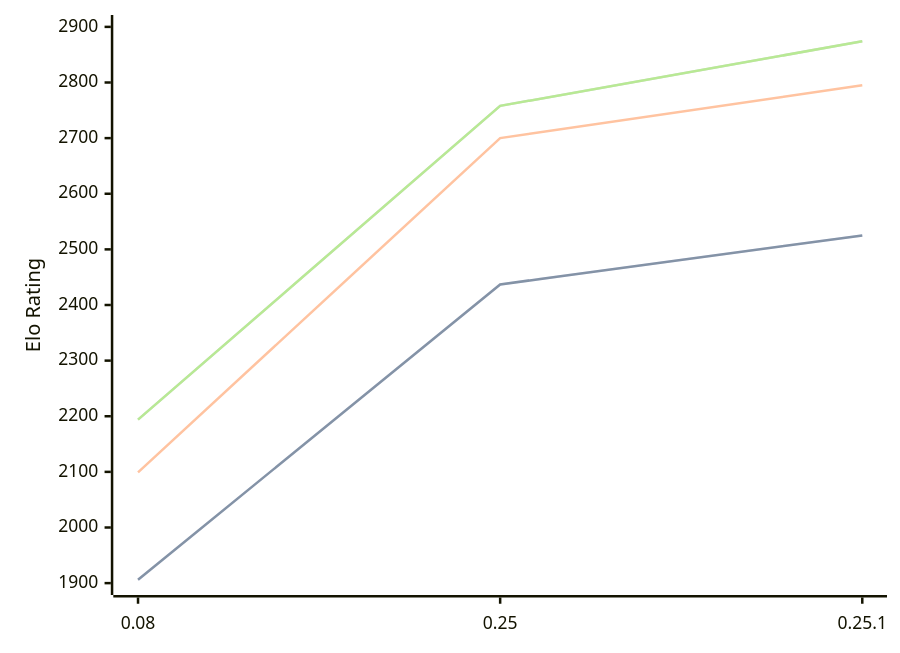
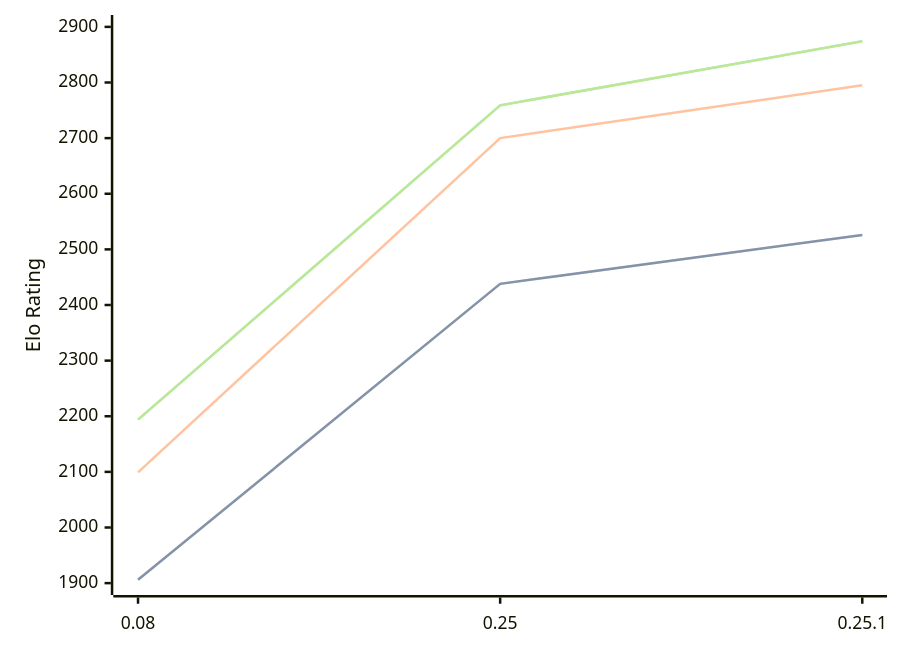
The diagram in engines/Gecko.md (computer-chess-index/cci), drawn with Mermaid before and after one commit. The commit also changed other lines of this file, not shown here.

Commit message:
Update CCI Ratings (ELO VLTC) - 2026-04-25

````diff
--- a/engines/Gecko.md
+++ b/engines/Gecko.md
@@ -33,11 +33,11 @@
 ```mermaid
 %%{init: {"theme":"base","themeVariables":{"seriesColors:['#a3a3a3','#222221','#faa371']}}}%%
 xychart-beta
   x-axis ["0.08", "0.25", "0.25.1"]
   y-axis "Elo Rating" 1900 --> 2900
-  line "STC (8.0+0.08s)" [1906, 2437, 2525]
-  line "STC (8.0+0.08s)" [1906, 2437, 2525]
+  line "STC (8.0+0.08s)" [1906, 2438, 2526]
+  line "STC (8.0+0.08s)" [1906, 2438, 2526]
   line "LTC (60.0+0.60s)" [2099, 2700, 2795]
-  line "VLTC (2m24s+1.12s)" [2194, 2758, 2874]
-  line "VLTC (2m24s+1.12s)" [2194, 2758, 2874]
+  line "VLTC (2m24s+1.12s)" [2194, 2759, 2874]
+  line "VLTC (2m24s+1.12s)" [2194, 2759, 2874]
 ```
````
